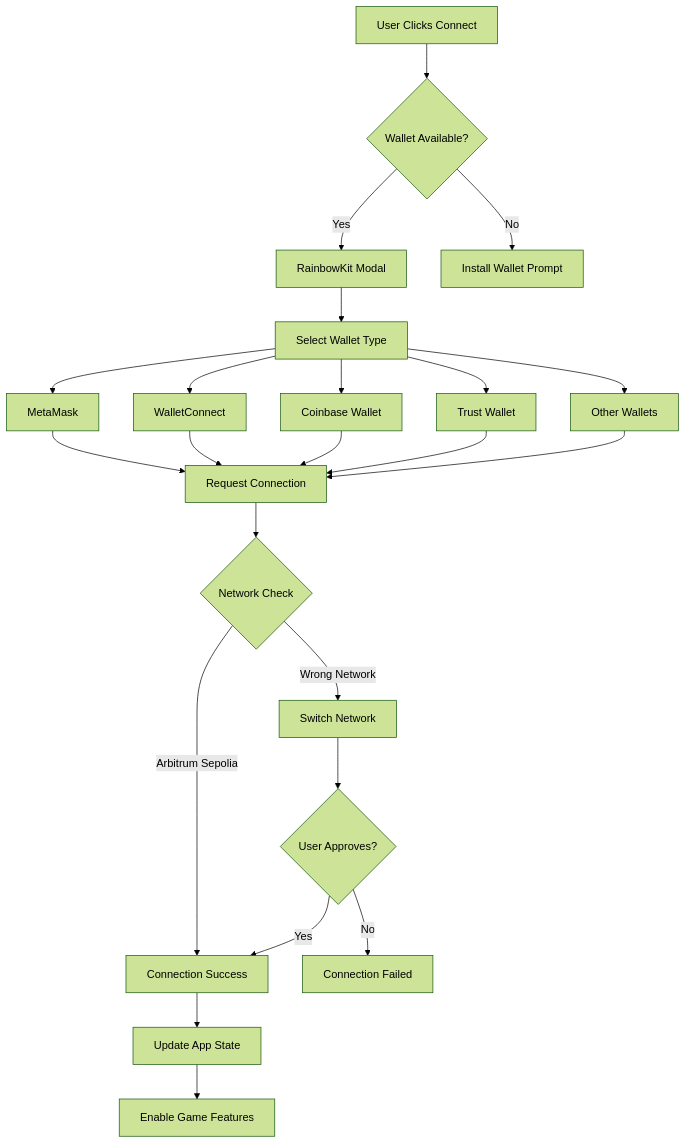
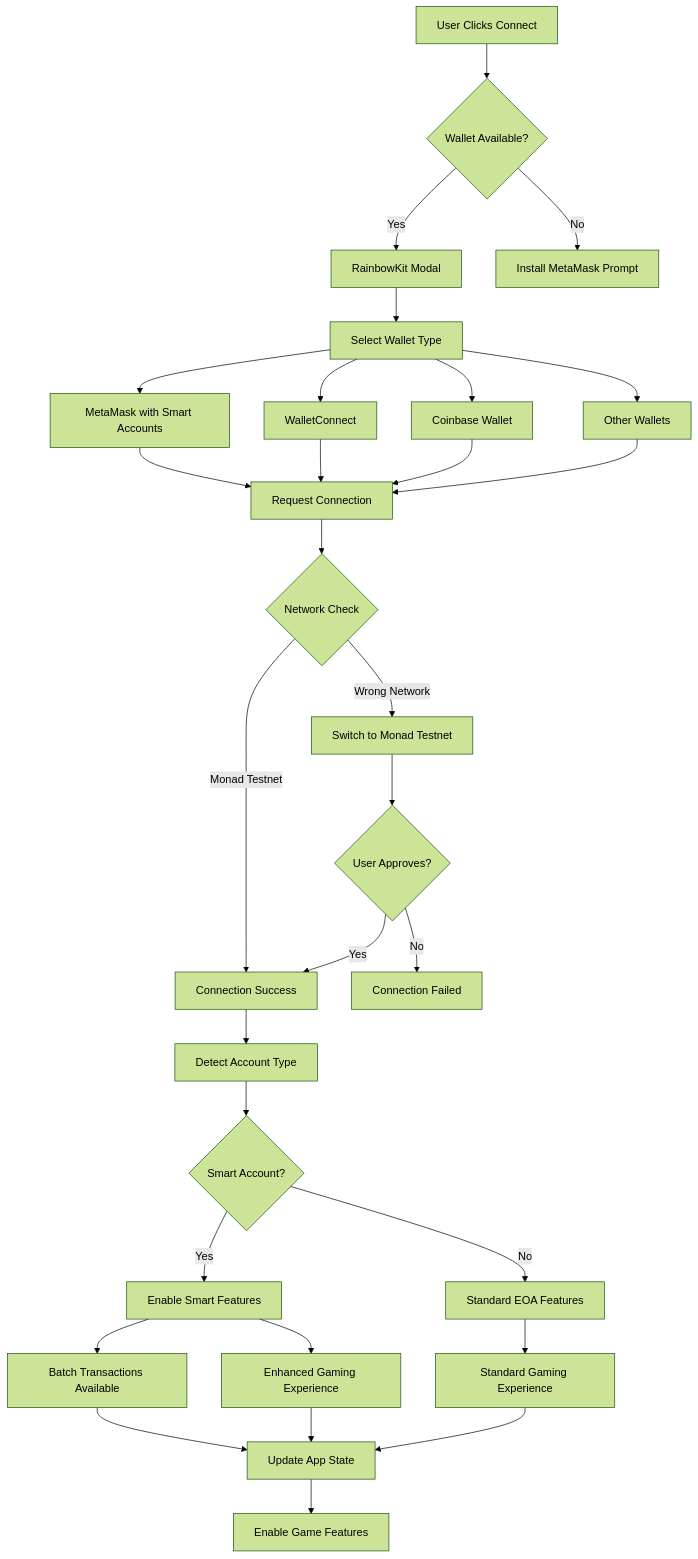
The third of 21 diagrams in MERMAID_DIAGRAMS.md (AmaanSayyad/APT-Casino-Monad), drawn with Mermaid (forest theme) before and after one commit. The commit also changed other lines of this file and 6 other files, not shown here.

````diff
--- a/MERMAID_DIAGRAMS.md
+++ b/MERMAID_DIAGRAMS.md
@@ -69,30 +81,39 @@
 ```mermaid
 flowchart TD
     A[User Clicks Connect] --> B{Wallet Available?}
     B -->|Yes| C[RainbowKit Modal]
-    B -->|No| D[Install Wallet Prompt]
+    B -->|No| D[Install MetaMask Prompt]
     
     C --> E[Select Wallet Type]
-    E --> F[MetaMask]
+    E --> F[MetaMask with Smart Accounts]
     E --> G[WalletConnect]
     E --> H[Coinbase Wallet]
-    E --> I[Trust Wallet]
-    E --> J[Other Wallets]
+    E --> I[Other Wallets]
     
     F --> K[Request Connection]
     G --> K
     H --> K
     I --> K
-    J --> K
     
     K --> L{Network Check}
-    L -->|Arbitrum Sepolia| M[Connection Success]
-    L -->|Wrong Network| N[Switch Network]
+    L -->|Monad Testnet| M[Connection Success]
+    L -->|Wrong Network| N[Switch to Monad Testnet]
     
     N --> O{User Approves?}
     O -->|Yes| M
     O -->|No| P[Connection Failed]
     
-    M --> Q[Update App State]
-    Q --> R[Enable Game Features]
+    M --> Q[Detect Account Type]
+    Q --> R{Smart Account?}
+    R -->|Yes| S[Enable Smart Features]
+    R -->|No| T[Standard EOA Features]
+    
+    S --> U[Batch Transactions Available]
+    S --> V[Enhanced Gaming Experience]
+    T --> W[Standard Gaming Experience]
+    
+    U --> X[Update App State]
+    V --> X
+    W --> X
+    X --> Y[Enable Game Features]
 ```
````
